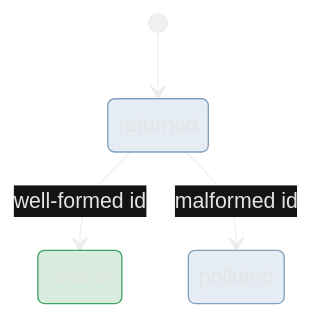
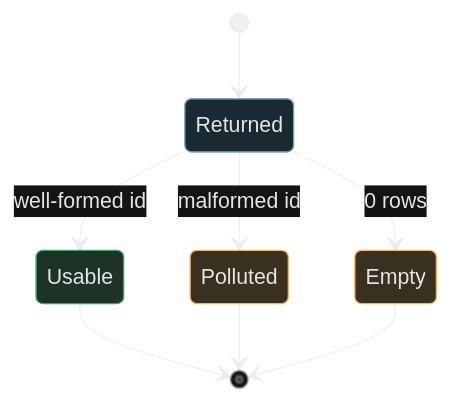
One commit to mrzmyr/agent-plugin changed the eighth of 10 diagrams in skills/create-mermaid/README.md. Above: the diagram before and after it, drawn with Mermaid. The commit also changed other lines of this file, not shown here.

First line of the commit message:
Keep without/with mermaid pairs on the same snapshot.

````diff
--- a/skills/create-mermaid/README.md
+++ b/skills/create-mermaid/README.md
@@ -172,12 +191,17 @@
 ```mermaid
 %%{init: {'theme': 'base', 'themeVariables': {'primaryColor': '#181818', 'primaryTextColor': '#E4E4E4', 'primaryBorderColor': '#E4E4E433', 'lineColor': '#E4E4E48D', 'secondaryColor': '#141414', 'tertiaryColor': '#E4E4E411'}}}%%
 stateDiagram-v2
-  [*] --> returned
-  returned --> usable: well-formed id
-  returned --> polluted: malformed id
-  classDef info fill:#81A1C133,stroke:#81A1C1,color:#E4E4E4EB
-  classDef success fill:#3FA26633,stroke:#3FA266,color:#E4E4E4EB
-  class returned info
-  class polluted info
-  class usable success
+  [*] --> Returned
+  Returned --> Usable: well-formed id
+  Returned --> Polluted: malformed id
+  Returned --> Empty: 0 rows
+  Usable --> [*]
+  Polluted --> [*]
+  Empty --> [*]
+  class Returned info
+  class Usable success
+  class Polluted,Empty warning
+  classDef info fill:#1a2a33,stroke:#81A1C1,color:#E4E4E4
+  classDef success fill:#1e3328,stroke:#3FA266,color:#E4E4E4
+  classDef warning fill:#3a3020,stroke:#F1B467,color:#E4E4E4
 ```
````
